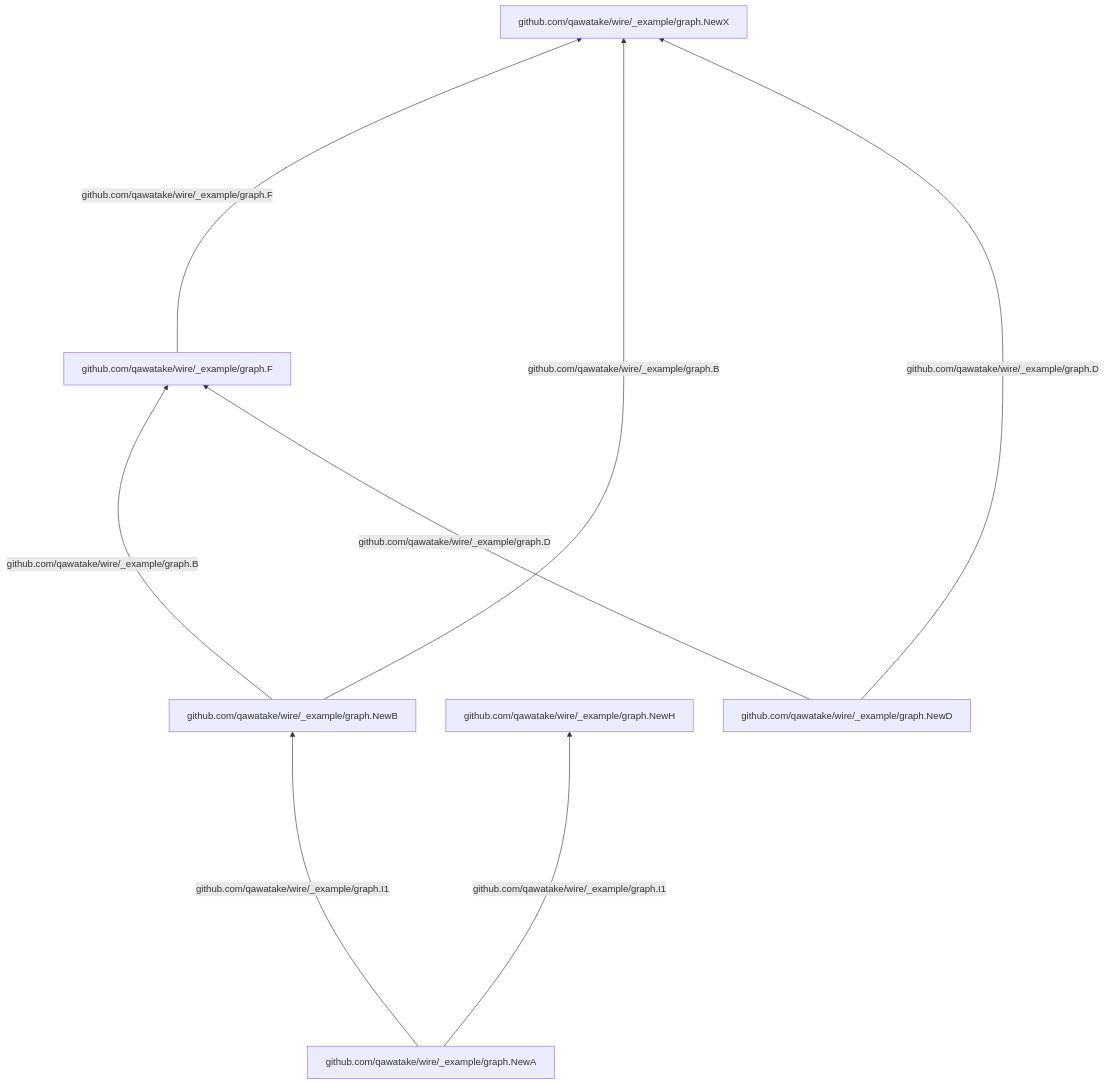
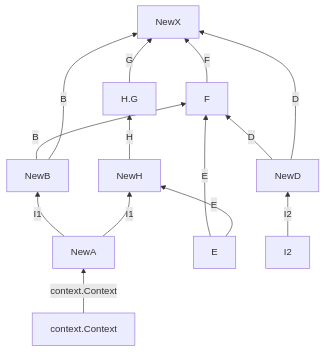
Before and after one commit to qawatake/wire: the diagram in _example/graph/README.md, drawn with Mermaid. The commit also changed other lines of this file and 3 other files, not shown here.

````diff
--- a/_example/graph/README.md
+++ b/_example/graph/README.md
@@ -7,11 +7,16 @@
 ```mermaid
-%%{init:{'theme':'default','flowchart':{'rankSpacing':500}}}%%
 flowchart BT;
-	 0["github.com/qawatake/wire/_example/graph.F"] -- "github.com/qawatake/wire/_example/graph.F" --> 1["github.com/qawatake/wire/_example/graph.NewX"];
-	 2["github.com/qawatake/wire/_example/graph.NewA"] -- "github.com/qawatake/wire/_example/graph.I1" --> 3["github.com/qawatake/wire/_example/graph.NewB"];
-	 2["github.com/qawatake/wire/_example/graph.NewA"] -- "github.com/qawatake/wire/_example/graph.I1" --> 4["github.com/qawatake/wire/_example/graph.NewH"];
-	 3["github.com/qawatake/wire/_example/graph.NewB"] -- "github.com/qawatake/wire/_example/graph.B" --> 0["github.com/qawatake/wire/_example/graph.F"];
-	 3["github.com/qawatake/wire/_example/graph.NewB"] -- "github.com/qawatake/wire/_example/graph.B" --> 1["github.com/qawatake/wire/_example/graph.NewX"];
-	 5["github.com/qawatake/wire/_example/graph.NewD"] -- "github.com/qawatake/wire/_example/graph.D" --> 0["github.com/qawatake/wire/_example/graph.F"];
-	 5["github.com/qawatake/wire/_example/graph.NewD"] -- "github.com/qawatake/wire/_example/graph.D" --> 1["github.com/qawatake/wire/_example/graph.NewX"];
+	 0["context.Context"] -- "context.Context" --> 1["NewA"];
+	 2["E"] -- "E" --> 3["F"];
+	 2["E"] -- "E" --> 4["NewH"];
+	 3["F"] -- "F" --> 5["NewX"];
+	 6["H.G"] -- "G" --> 5["NewX"];
+	 7["I2"] -- "I2" --> 8["NewD"];
+	 1["NewA"] -- "I1" --> 9["NewB"];
+	 1["NewA"] -- "I1" --> 4["NewH"];
+	 9["NewB"] -- "B" --> 3["F"];
+	 9["NewB"] -- "B" --> 5["NewX"];
+	 8["NewD"] -- "D" --> 3["F"];
+	 8["NewD"] -- "D" --> 5["NewX"];
+	 4["NewH"] -- "H" --> 6["H.G"];
 ```
````
